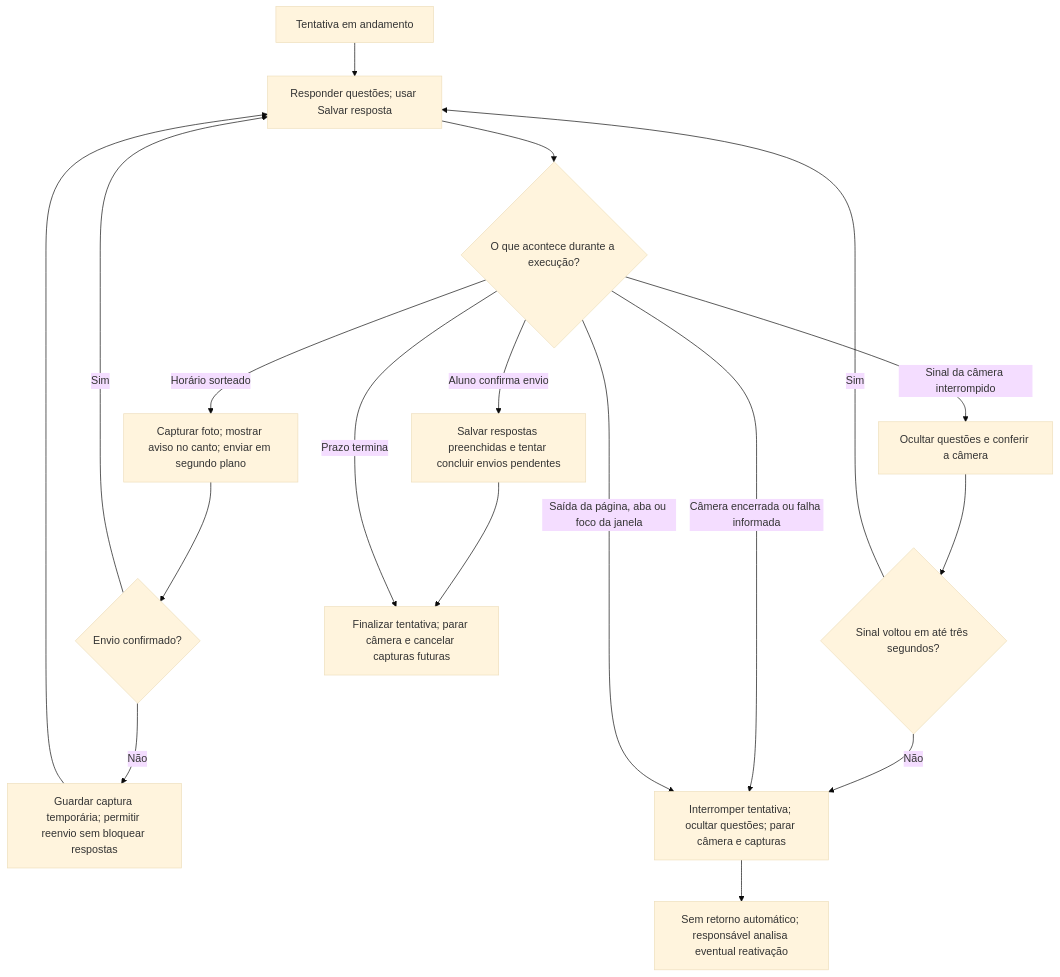
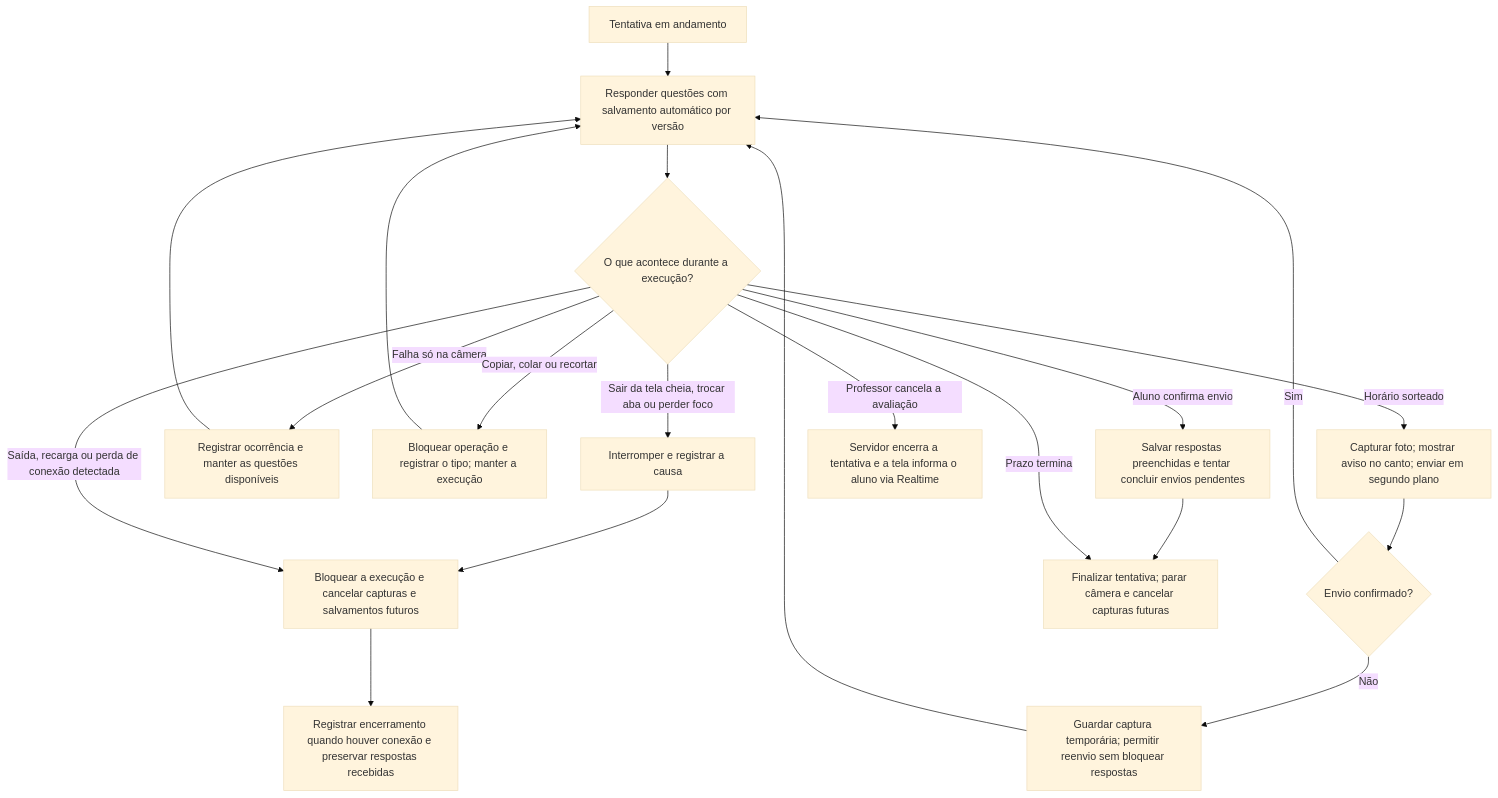
One commit to ModusMartinez/ExamenTech-PFC2026 changed the second of 3 diagrams in docs/fluxo-prova-monitorada.md. Above: the diagram before and after it, drawn with Mermaid (base theme). The commit also changed other lines of this file and 67 other files, not shown here.

````diff
--- a/docs/fluxo-prova-monitorada.md
+++ b/docs/fluxo-prova-monitorada.md
@@ -34,20 +36,22 @@
 ```mermaid
 flowchart TD
-    A["Tentativa em andamento"] --> B["Responder questões; usar Salvar resposta"]
+    A["Tentativa em andamento"] --> B["Responder questões com salvamento automático por versão"]
     B --> C{"O que acontece durante a execução?"}
     C -->|Horário sorteado| D["Capturar foto; mostrar aviso no canto; enviar em segundo plano"]
     D --> E{"Envio confirmado?"}
     E -->|Sim| B
     E -->|Não| F["Guardar captura temporária; permitir reenvio sem bloquear respostas"]
     F --> B
-    C -->|Sinal da câmera interrompido| G["Ocultar questões e conferir a câmera"]
-    G --> H{"Sinal voltou em até três segundos?"}
-    H -->|Sim| B
-    H -->|Não| I["Interromper tentativa; ocultar questões; parar câmera e capturas"]
-    C -->|Câmera encerrada ou falha informada| I
-    C -->|Saída da página, aba ou foco da janela| I
+    C -->|Falha só na câmera| G["Registrar ocorrência e manter as questões disponíveis"]
+    G --> B
+    C -->|Copiar, colar ou recortar| P["Bloquear operação e registrar o tipo; manter a execução"]
+    P --> B
+    C -->|Sair da tela cheia, trocar aba ou perder foco| Q["Interromper e registrar a causa"]
+    Q --> I["Bloquear a execução e cancelar capturas e salvamentos futuros"]
+    C -->|Saída, recarga ou perda de conexão detectada| I
     C -->|Aluno confirma envio| J["Salvar respostas preenchidas e tentar concluir envios pendentes"]
     J --> K["Finalizar tentativa; parar câmera e cancelar capturas futuras"]
     C -->|Prazo termina| K
-    I --> L["Sem retorno automático; responsável analisa eventual reativação"]
+    C -->|Professor cancela a avaliação| R["Servidor encerra a tentativa e a tela informa o aluno via Realtime"]
+    I --> L["Registrar encerramento quando houver conexão e preservar respostas recebidas"]
 ```
````
